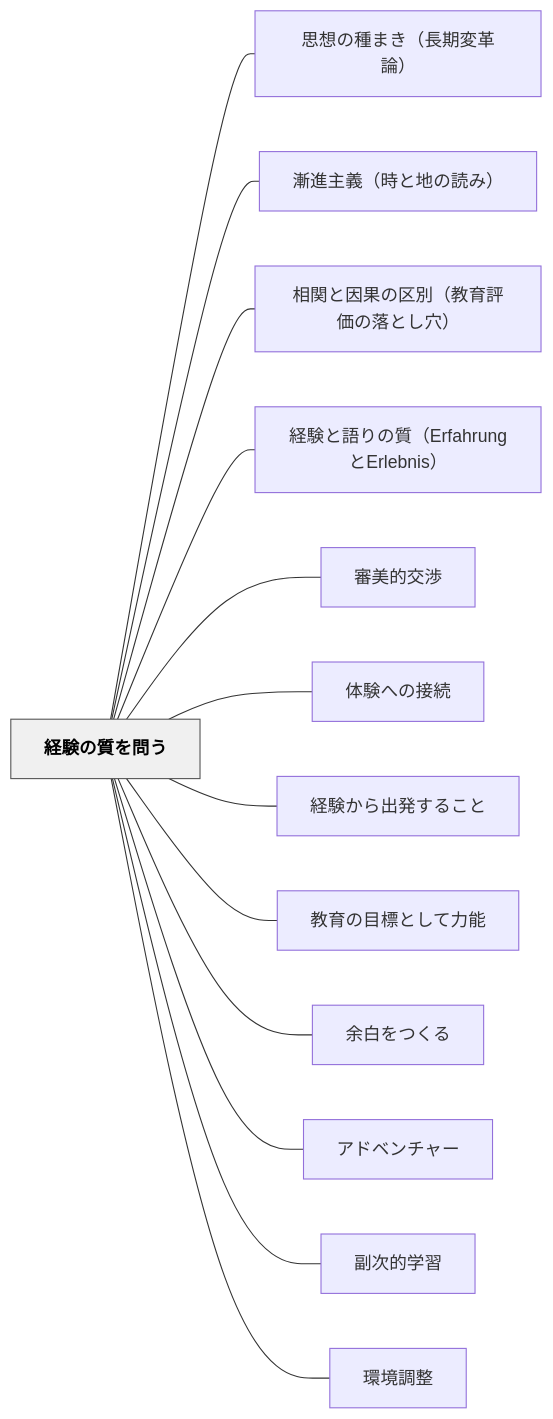
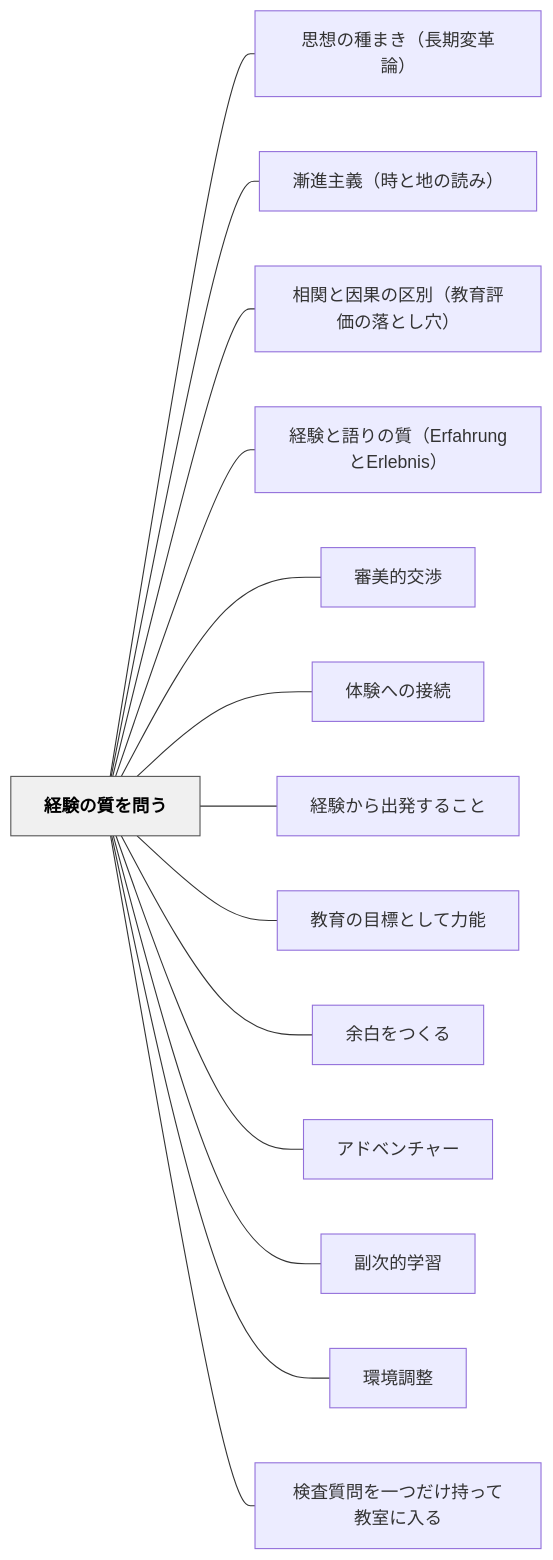
The diagram in content/パタン/経験の質を問う.md (unknownthings-ed-patterns/unknownthings-ed-patterns), drawn with Mermaid before and after one commit. The commit also changed other lines of this file and 10 other files, not shown here.

````diff
--- a/content/パタン/経験の質を問う.md
+++ b/content/パタン/経験の質を問う.md
@@ -138,32 +140,34 @@
 ```mermaid
 flowchart LR
     ne7b58ce9a893e381aee8b3aae38292e5958fe38186["経験の質を問う"]
     ne6809de683b3e381aee7a8aee381bee3818defbc88e995b7e69c9fe5a489e99da9e8ab96efbc89["思想の種まき（長期変革論）"]
     ne6bcb8e980b2e4b8bbe7bea9efbc88e69982e381a8e59cb0e381aee8aaade381bfefbc89["漸進主義（時と地の読み）"]
     ne79bb8e996a2e381a8e59ba0e69e9ce381aee58cbae588a5efbc88e69599e882b2e8a995e4bea1e381aee890bde381a8e38197e7a9b4efbc89["相関と因果の区別（教育評価の落とし穴）"]
     ne7b58ce9a893e381a8e8aa9ee3828ae381aee8b3aaefbc88457266616872756e67e381a845726c65626e6973efbc89["経験と語りの質（ErfahrungとErlebnis）"]
     ne5afa9e7be8ee79a84e4baa4e6b889["審美的交渉"]
     ne4bd93e9a893e381b8e381aee68ea5e7b69a["体験への接続"]
     ne7b58ce9a893e3818be38289e587bae799bae38199e3828be38193e381a8["経験から出発すること"]
     ne69599e882b2e381aee79baee6a899e381a8e38197e381a6e58a9be883bd["教育の目標として力能"]
     ne4bd99e799bde38292e381a4e3818fe3828b["余白をつくる"]
     ne382a2e38389e38399e383b3e38381e383a3e383bc["アドベンチャー"]
     ne589afe6aca1e79a84e5ada6e7bf92["副次的学習"]
     ne792b0e5a283e8aabfe695b4["環境調整"]
+    ne6a49ce69fbbe8b3aae5958fe38292e4b880e381a4e381a0e38191e68c81e381a3e381a6e69599e5aea4e381abe585a5e3828b["検査質問を一つだけ持って教室に入る"]
 
     ne7b58ce9a893e381aee8b3aae38292e5958fe38186 --- ne6809de683b3e381aee7a8aee381bee3818defbc88e995b7e69c9fe5a489e99da9e8ab96efbc89
     ne7b58ce9a893e381aee8b3aae38292e5958fe38186 --- ne6bcb8e980b2e4b8bbe7bea9efbc88e69982e381a8e59cb0e381aee8aaade381bfefbc89
     ne7b58ce9a893e381aee8b3aae38292e5958fe38186 --- ne79bb8e996a2e381a8e59ba0e69e9ce381aee58cbae588a5efbc88e69599e882b2e8a995e4bea1e381aee890bde381a8e38197e7a9b4efbc89
     ne7b58ce9a893e381aee8b3aae38292e5958fe38186 --- ne7b58ce9a893e381a8e8aa9ee3828ae381aee8b3aaefbc88457266616872756e67e381a845726c65626e6973efbc89
     ne7b58ce9a893e381aee8b3aae38292e5958fe38186 --- ne5afa9e7be8ee79a84e4baa4e6b889
     ne7b58ce9a893e381aee8b3aae38292e5958fe38186 --- ne4bd93e9a893e381b8e381aee68ea5e7b69a
     ne7b58ce9a893e381aee8b3aae38292e5958fe38186 --- ne7b58ce9a893e3818be38289e587bae799bae38199e3828be38193e381a8
     ne7b58ce9a893e381aee8b3aae38292e5958fe38186 --- ne69599e882b2e381aee79baee6a899e381a8e38197e381a6e58a9be883bd
     ne7b58ce9a893e381aee8b3aae38292e5958fe38186 --- ne4bd99e799bde38292e381a4e3818fe3828b
     ne7b58ce9a893e381aee8b3aae38292e5958fe38186 --- ne382a2e38389e38399e383b3e38381e383a3e383bc
     ne7b58ce9a893e381aee8b3aae38292e5958fe38186 --- ne589afe6aca1e79a84e5ada6e7bf92
     ne7b58ce9a893e381aee8b3aae38292e5958fe38186 --- ne792b0e5a283e8aabfe695b4
+    ne7b58ce9a893e381aee8b3aae38292e5958fe38186 --- ne6a49ce69fbbe8b3aae5958fe38292e4b880e381a4e381a0e38191e68c81e381a3e381a6e69599e5aea4e381abe585a5e3828b
 
     classDef hub fill:#f0f0f0,stroke:#555,color:#000,font-weight:bold
     class ne7b58ce9a893e381aee8b3aae38292e5958fe38186 hub
 ```
````
